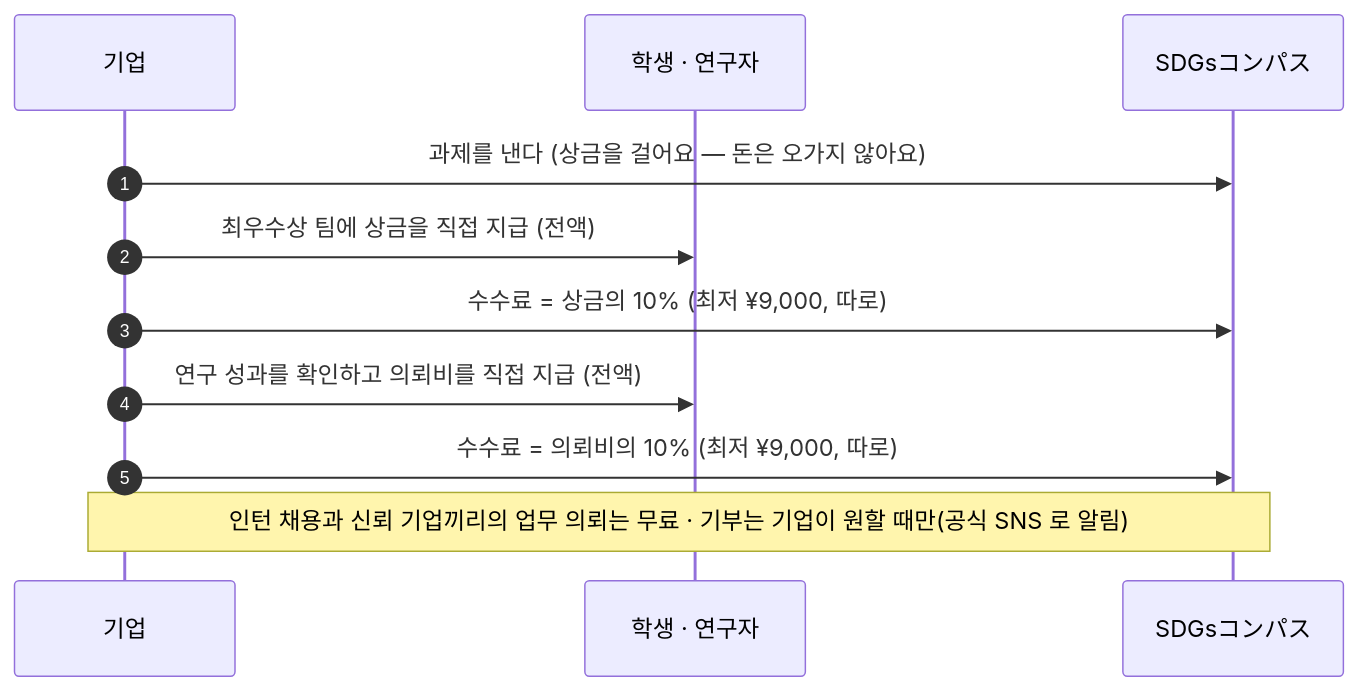
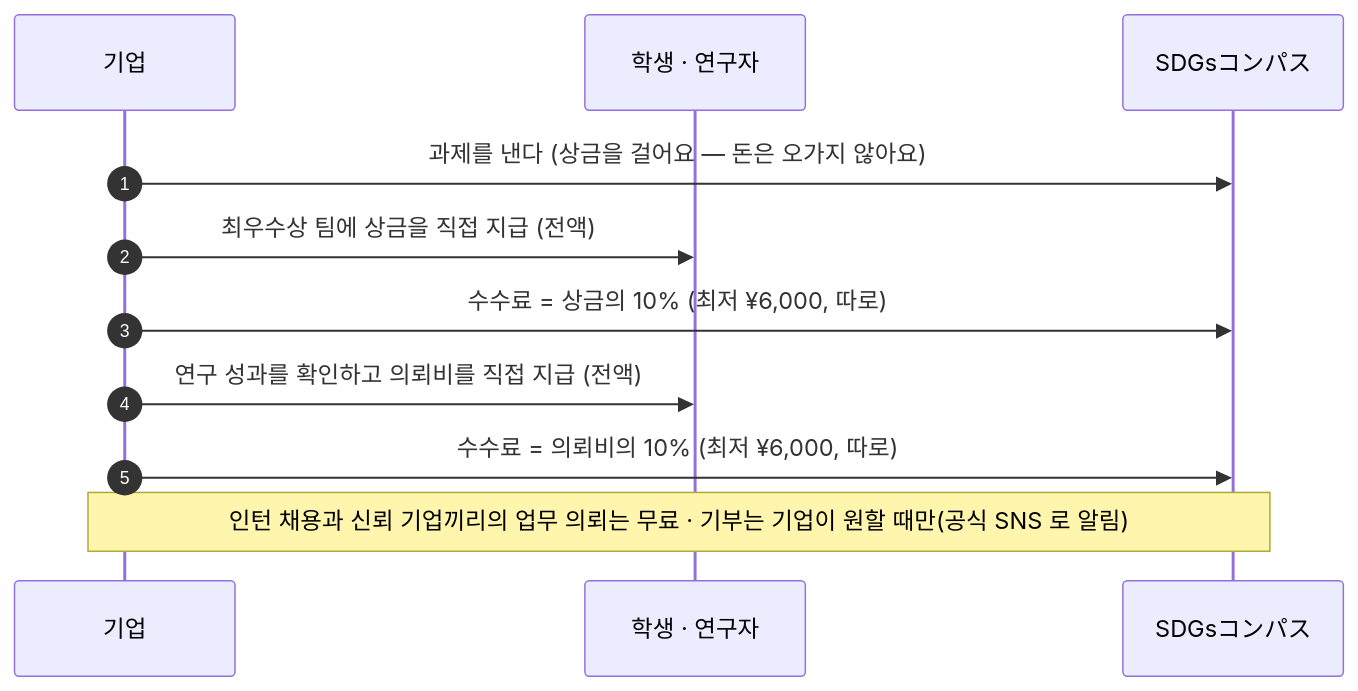
The fifth of 18 diagrams in README.md (atome9797/sdgs-compass), drawn with Mermaid before and after one commit. The commit also changed other lines of this file and 21 other files, not shown here.

````diff
--- a/README.md
+++ b/README.md
@@ -269,13 +269,13 @@
 ```mermaid
 sequenceDiagram
   autonumber
   participant C as 기업
   participant S as 학생 · 연구자
   participant P as SDGsコンパス
   C->>P: 과제를 낸다 (상금을 걸어요 — 돈은 오가지 않아요)
   C->>S: 최우수상 팀에 상금을 직접 지급 (전액)
-  C->>P: 수수료 = 상금의 10% (최저 ¥9,000, 따로)
+  C->>P: 수수료 = 상금의 10% (최저 ¥6,000, 따로)
   C->>S: 연구 성과를 확인하고 의뢰비를 직접 지급 (전액)
-  C->>P: 수수료 = 의뢰비의 10% (최저 ¥9,000, 따로)
+  C->>P: 수수료 = 의뢰비의 10% (최저 ¥6,000, 따로)
   Note over C,P: 인턴 채용과 신뢰 기업끼리의 업무 의뢰는 무료 · 기부는 기업이 원할 때만(공식 SNS 로 알림)
 ```
````
